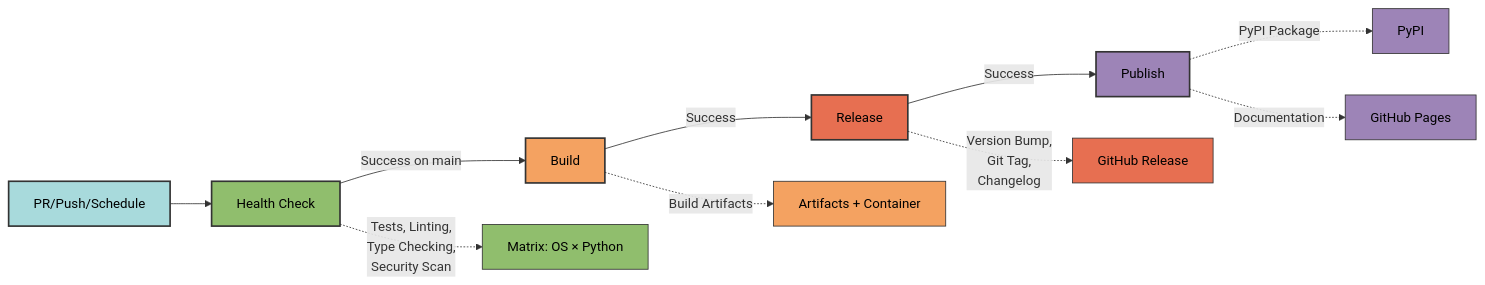
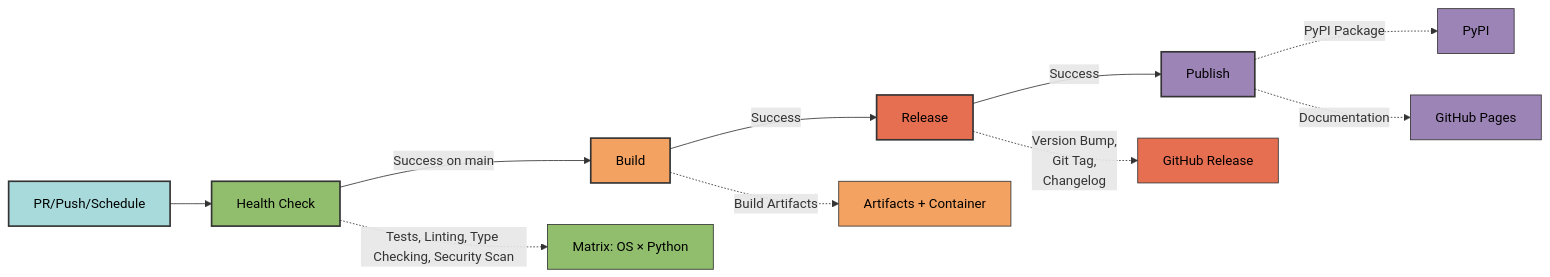
The fourth of 4 diagrams in docs/configs/workflows/architecture.md (Winipedia/pyrig), drawn with Mermaid before and after one commit. The commit also changed other lines of this file and 58 other files, not shown here.

````diff
--- a/docs/configs/workflows/architecture.md
+++ b/docs/configs/workflows/architecture.md
@@ -218,24 +230,24 @@
 ```mermaid
 graph LR
     A[PR/Push/Schedule] --> B[Health Check]
     B -->|Success on main| C[Build]
     C -->|Success| D[Release]
     D -->|Success| E[Publish]
 
-    B -.->|Tests, Linting,<br/>Type Checking,<br/>Security Scan| B1[Matrix: OS × Python]
+    B -.->|Tests, Linting, Type Checking, Security Scan| B1[Matrix: OS × Python]
     C -.->|Build Artifacts| C1[Artifacts + Container]
     D -.->|Version Bump,<br/>Git Tag,<br/>Changelog| D1[GitHub Release]
     E -.->|PyPI Package| E1[PyPI]
     E -.->|Documentation| E2[GitHub Pages]
 
     style A fill:#a8dadc,stroke:#333,stroke-width:2px,color:#000
     style B fill:#90be6d,stroke:#333,stroke-width:2px,color:#000
     style C fill:#f4a261,stroke:#333,stroke-width:2px,color:#000
     style D fill:#e76f51,stroke:#333,stroke-width:2px,color:#000
     style E fill:#9d84b7,stroke:#333,stroke-width:2px,color:#000
     style B1 fill:#90be6d,stroke:#333,stroke-width:1px,color:#000
     style C1 fill:#f4a261,stroke:#333,stroke-width:1px,color:#000
     style D1 fill:#e76f51,stroke:#333,stroke-width:1px,color:#000
     style E1 fill:#9d84b7,stroke:#333,stroke-width:1px,color:#000
     style E2 fill:#9d84b7,stroke:#333,stroke-width:1px,color:#000
 ```
````
